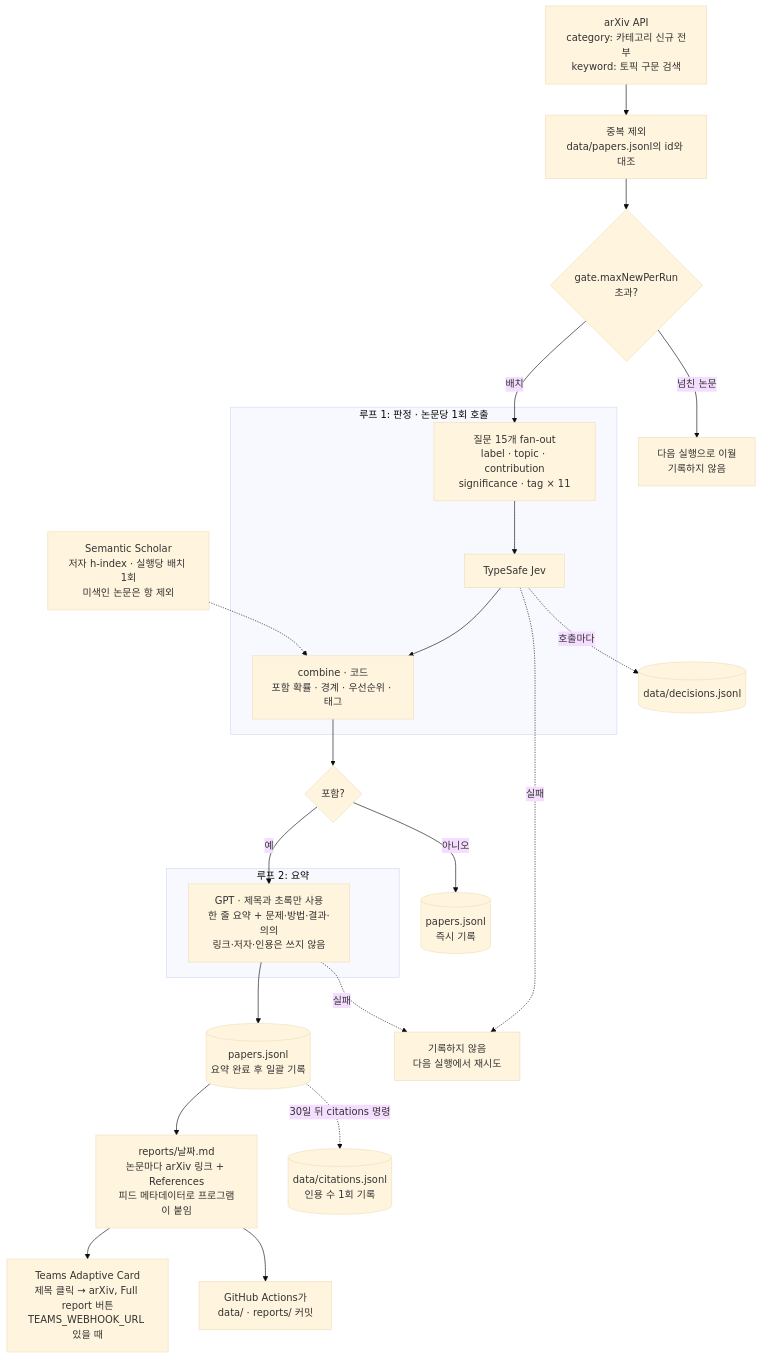
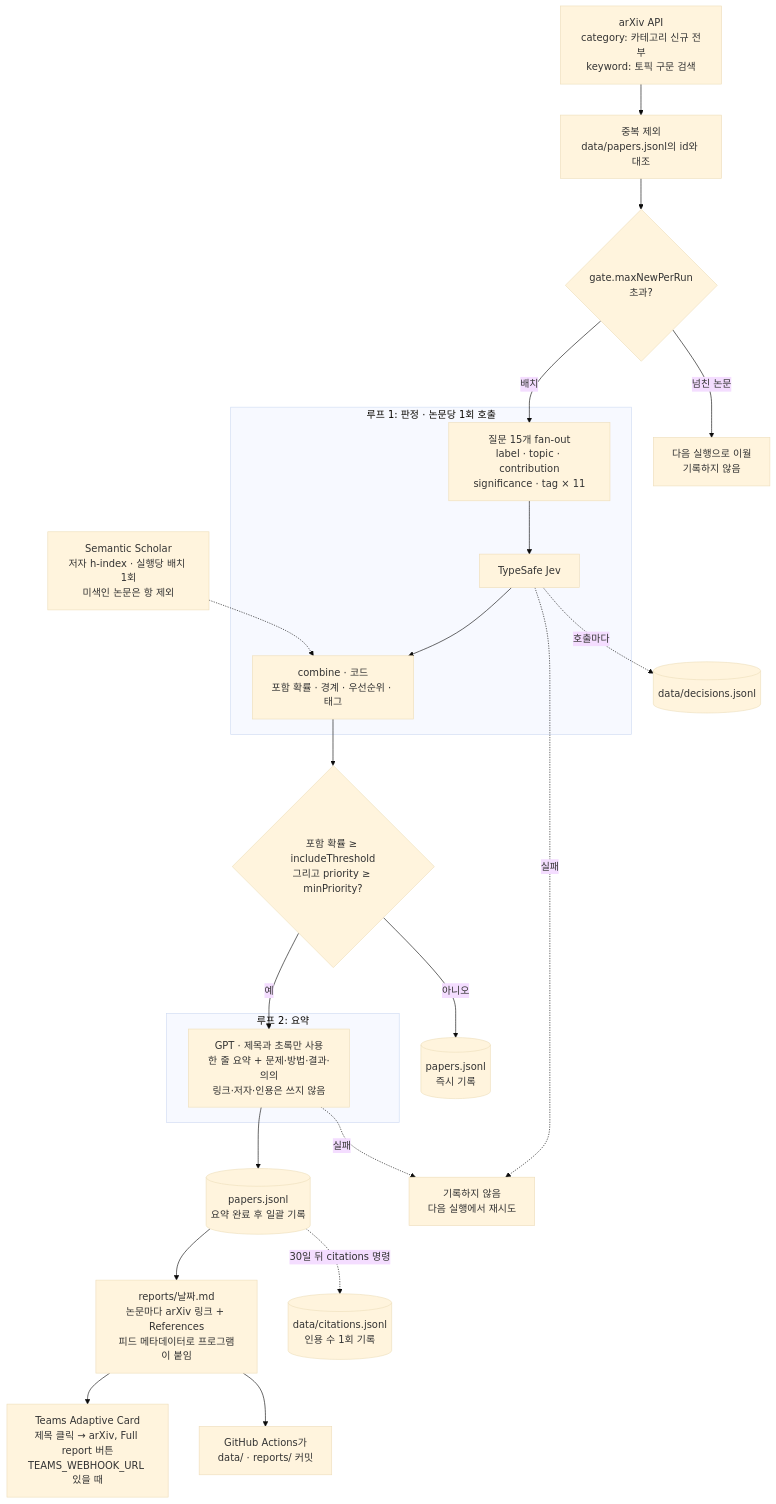
One commit to nhchoi98/demo_trend_searcher changed the diagram in README.md. Above: the diagram before and after it, drawn with Mermaid (base theme). The commit also changed other lines of this file, not shown here.

````diff
--- a/README.md
+++ b/README.md
@@ -17,31 +17,31 @@
 ```mermaid
 flowchart TD
     A[arXiv API<br/>category: 카테고리 신규 전부<br/>keyword: 토픽 구문 검색] --> B[중복 제외<br/>data/papers.jsonl의 id와 대조]
     B --> C{gate.maxNewPerRun<br/>초과?}
     C -- 넘친 논문 --> D[다음 실행으로 이월<br/>기록하지 않음]
     C -- 배치 --> E
 
     subgraph L1[루프 1: 판정 · 논문당 1회 호출]
         E[질문 15개 fan-out<br/>label · topic · contribution<br/>significance · tag × 11] --> F[TypeSafe Jev]
         F --> G[combine · 코드<br/>포함 확률 · 경계 · 우선순위 · 태그]
     end
     S[Semantic Scholar<br/>저자 h-index · 실행당 배치 1회<br/>미색인 논문은 항 제외] -.-> G
 
     F -. 호출마다 .-> H[(data/decisions.jsonl)]
-    G --> I{포함?}
+    G --> I{포함 확률 ≥ includeThreshold<br/>그리고 priority ≥ minPriority?}
     I -- 아니오 --> J[(papers.jsonl<br/>즉시 기록)]
     I -- 예 --> K
 
     subgraph L2[루프 2: 요약]
         K[GPT · 제목과 초록만 사용<br/>한 줄 요약 + 문제·방법·결과·의의<br/>링크·저자·인용은 쓰지 않음]
     end
 
     K --> M[(papers.jsonl<br/>요약 완료 후 일괄 기록)]
     M --> N[reports/날짜.md<br/>논문마다 arXiv 링크 + References<br/>피드 메타데이터로 프로그램이 붙임]
     N --> O[Teams Adaptive Card<br/>제목 클릭 → arXiv, Full report 버튼<br/>TEAMS_WEBHOOK_URL 있을 때]
     N --> P[GitHub Actions가<br/>data/ · reports/ 커밋]
     M -. 30일 뒤 citations 명령 .-> R[(data/citations.jsonl<br/>인용 수 1회 기록)]
 
     F -. 실패 .-> Q[기록하지 않음<br/>다음 실행에서 재시도]
     K -. 실패 .-> Q
 ```
````
